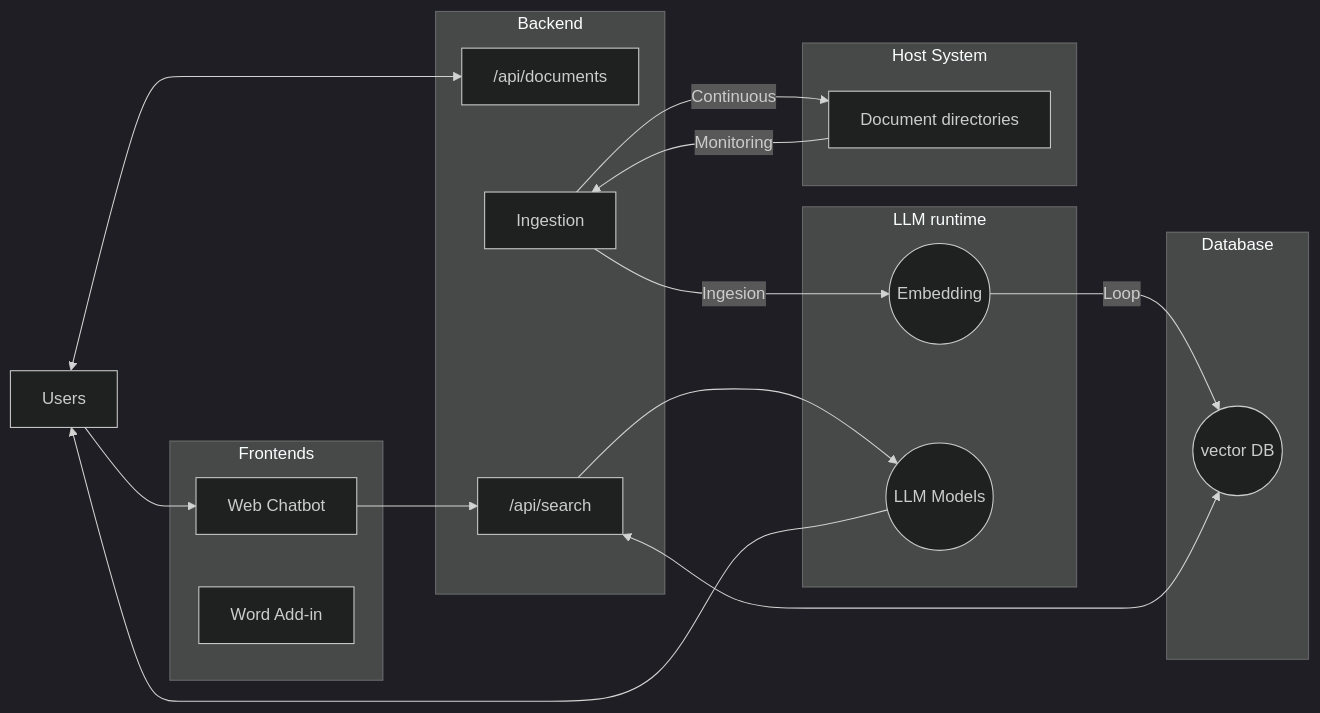
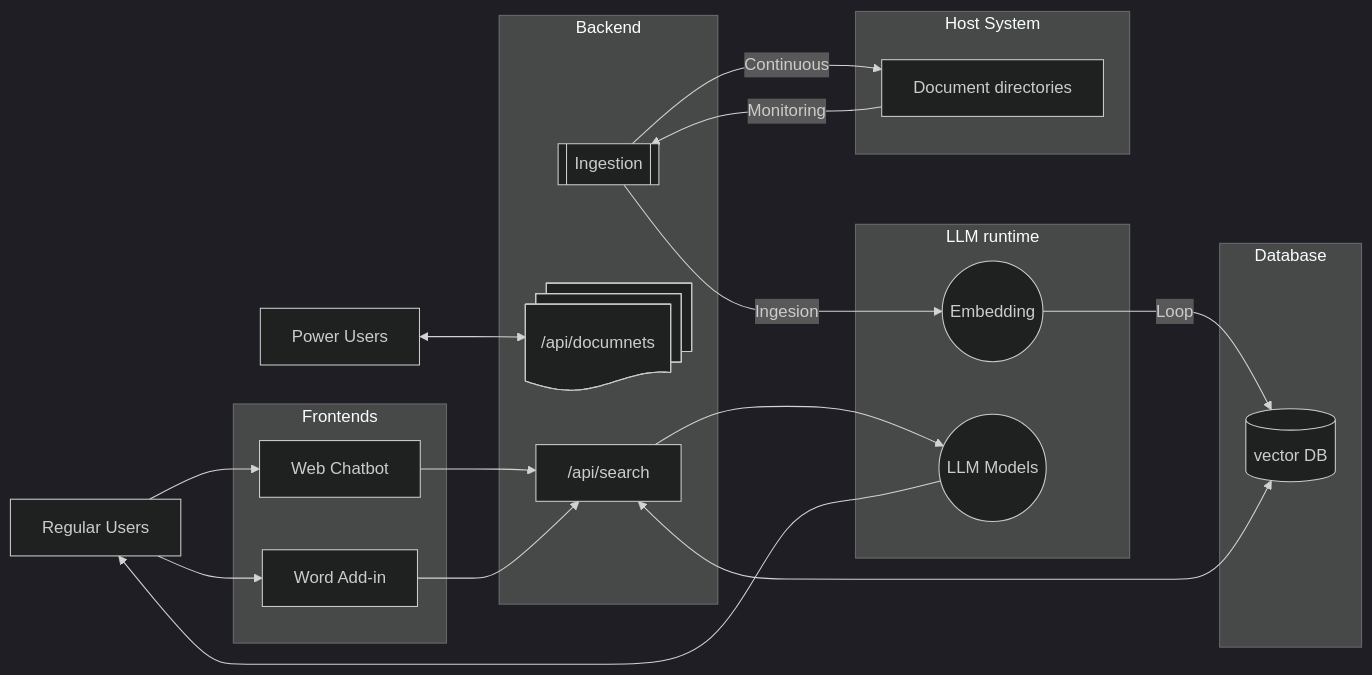
Before and after one commit to beezy-dev/abacc-rag: the diagram in DOCS/README.md, drawn with Mermaid (dark theme).

````diff
--- a/DOCS/README.md
+++ b/DOCS/README.md
@@ -47,36 +47,38 @@
 ```mermaid
 flowchart LR
-    A[Users]
+    A[Regular Users]
+    Z[Power Users]
 
     subgraph Frontends
         B[Web Chatbot]
         J[Word Add-in]
     end
 
     subgraph Backend
-        H["/api/documents"]
-        C[Ingestion]
+        C[[Ingestion]]
+        H@{ shape: docs, label: "/api/documnets"}
         E["/api/search"]
     end
 
     subgraph Database 
-        D((vector DB))
+        D[(vector DB)]
     end
 
     subgraph LLM runtime
         F((Embedding))
         G((LLM Models))
     end
 
     subgraph Host System
         I[Document directories]
     end
 
     %% Document processing
     C -- "Continuous" --> I -- "Monitoring" --> C
     C -- "Ingesion" --> F -- "Loop" --> D
+    %% Admins
+    Z <--> H
     %% Prompting
-    A <--> H
-    A --> B --> E <--> D
+    A --> B & J --> E <--> D
     E --> G --> A
 ```
````
